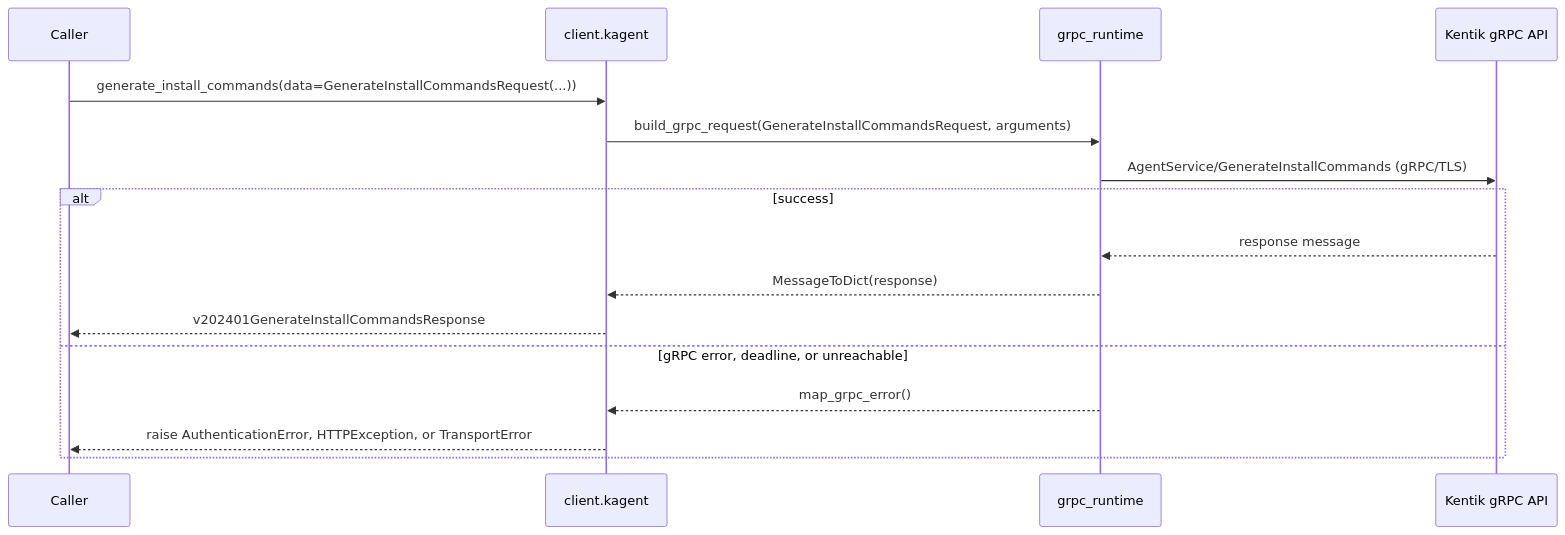
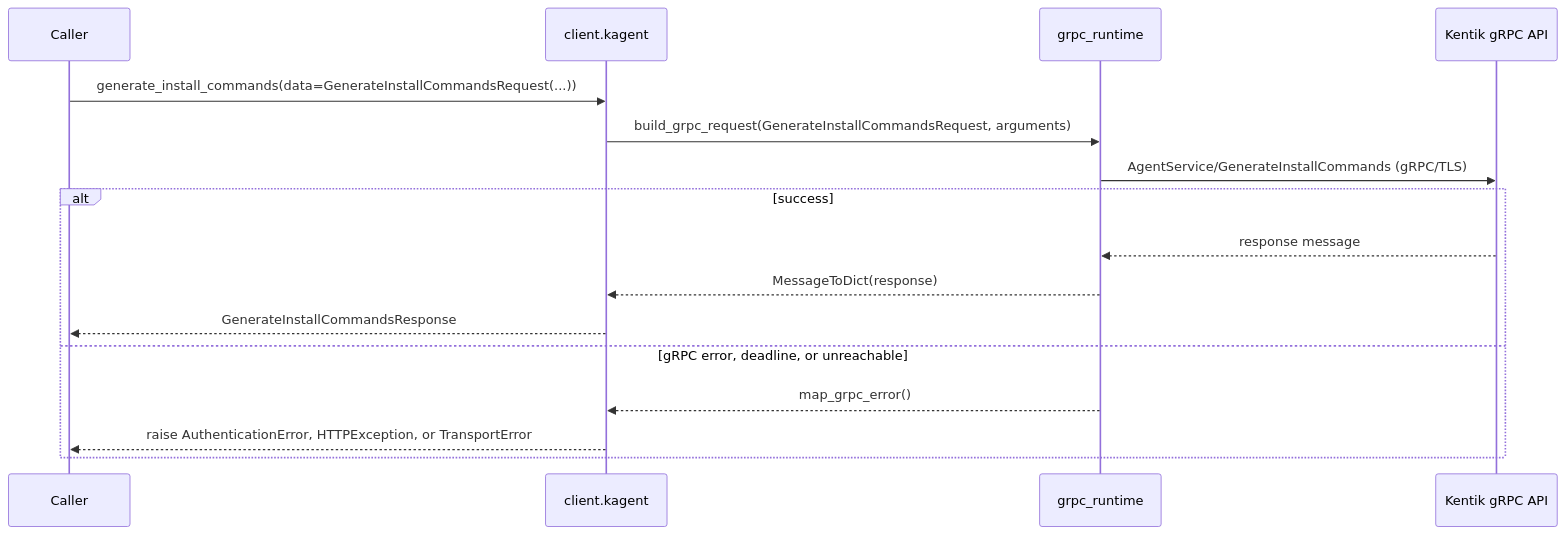
One commit to alexdearaujo/community_sdk_python changed the ninth of 58 diagrams in docs/sphinx/services/kagent.md. Above: the diagram before and after it, drawn with Mermaid. The commit also changed other lines of this file and 38 other files, not shown here.

````diff
--- a/docs/sphinx/services/kagent.md
+++ b/docs/sphinx/services/kagent.md
@@ -290,19 +290,19 @@
 ```mermaid
 sequenceDiagram
     participant C as Caller
     participant W as client.kagent
     participant R as grpc_runtime
     participant API as Kentik gRPC API
 
     C->>W: generate_install_commands(data=GenerateInstallCommandsRequest(...))
     W->>R: build_grpc_request(GenerateInstallCommandsRequest, arguments)
     R->>API: AgentService/GenerateInstallCommands (gRPC/TLS)
     alt success
         API-->>R: response message
         R-->>W: MessageToDict(response)
-        W-->>C: v202401GenerateInstallCommandsResponse
+        W-->>C: GenerateInstallCommandsResponse
     else gRPC error, deadline, or unreachable
         R-->>W: map_grpc_error()
         W-->>C: raise AuthenticationError, HTTPException, or TransportError
     end
 ```
````
